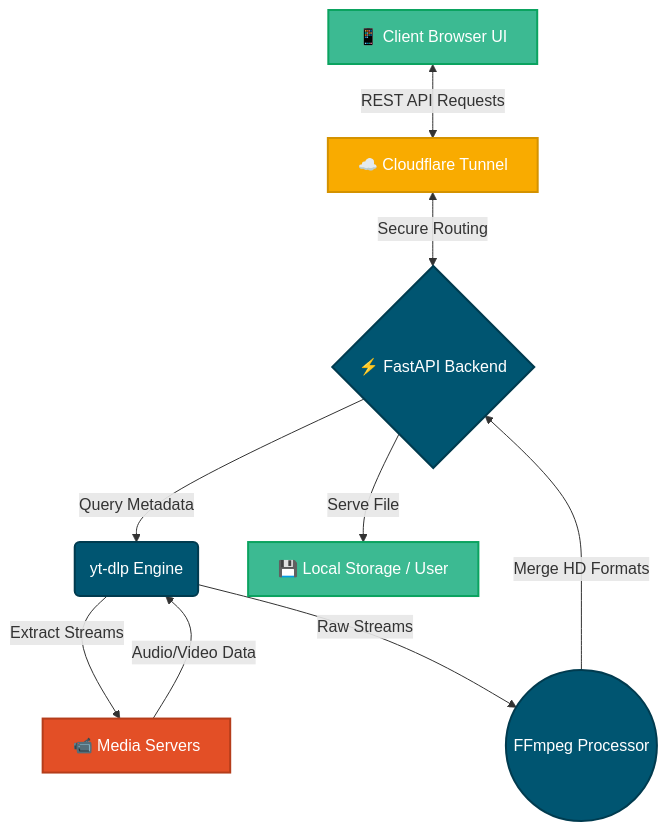
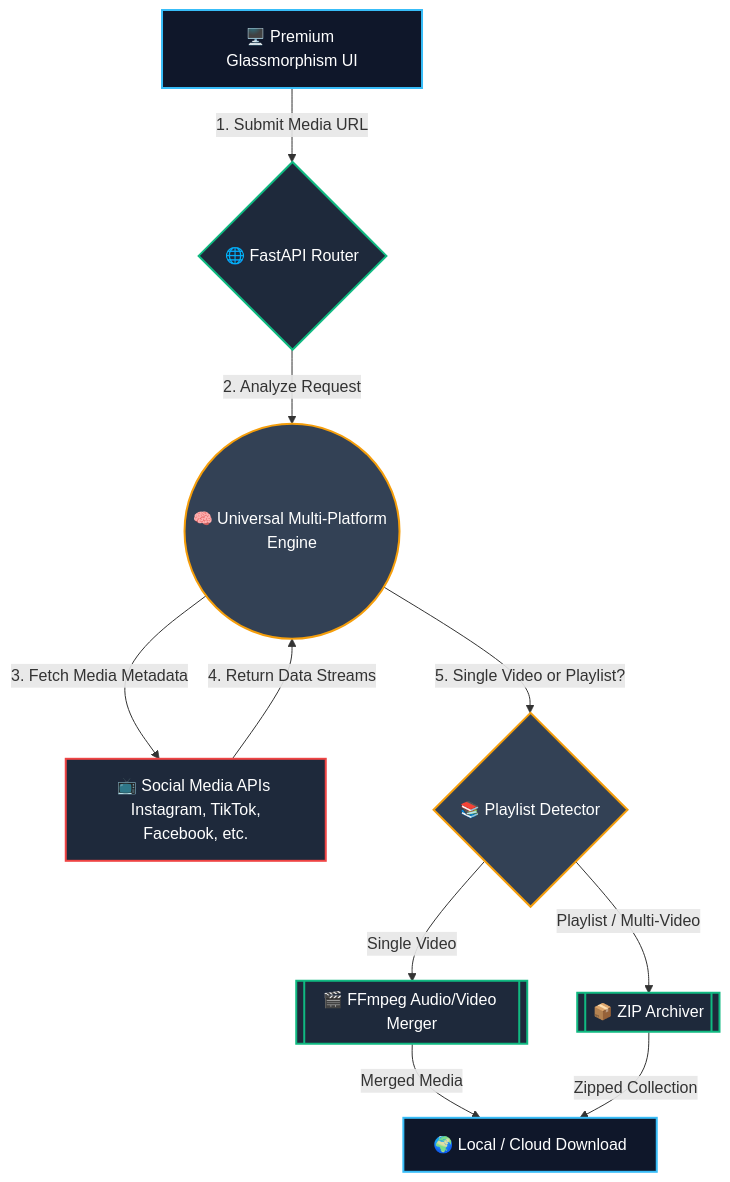
One commit to RashidKhanApDev/UniversalMediaDownloader changed the diagram in README.md. Above: the diagram before and after it, drawn with Mermaid. The commit also changed other lines of this file, not shown here.

Commit message:
docs: update architecture flow diagram and replace promo image

````diff
--- a/README.md
+++ b/README.md
@@ -76,27 +76,29 @@
 ```mermaid
 graph TD;
     %% Styling
-    classDef client fill:#3cba92,stroke:#0ba360,stroke-width:2px,color:white;
-    classDef backend fill:#005571,stroke:#003b4f,stroke-width:2px,color:white;
-    classDef cloud fill:#F9AB00,stroke:#d49200,stroke-width:2px,color:white;
-    classDef external fill:#E34F26,stroke:#b53d1b,stroke-width:2px,color:white;
+    classDef ui fill:#0f172a,stroke:#38bdf8,stroke-width:2px,color:white;
+    classDef api fill:#1e293b,stroke:#10b981,stroke-width:2px,color:white;
+    classDef engine fill:#334155,stroke:#f59e0b,stroke-width:2px,color:white;
+    classDef external fill:#1e293b,stroke:#ef4444,stroke-width:2px,color:white;
 
     %% Nodes
-    A[📱 Client Browser UI]:::client
-    B{⚡ FastAPI Backend}:::backend
-    C(yt-dlp Engine):::backend
-    D[📹 Media Servers]:::external
-    E((FFmpeg Processor)):::backend
-    F[☁️ Cloudflare Tunnel]:::cloud
-    G[💾 Local Storage / User]:::client
+    A[🖥️ Premium Glassmorphism UI]:::ui
+    B{🌐 FastAPI Router}:::api
+    C((🧠 Universal Multi-Platform Engine)):::engine
+    D[📺 Social Media APIs <br/> Instagram, TikTok, Facebook, etc.]:::external
+    E{📚 Playlist Detector}:::engine
+    F[[📦 ZIP Archiver]]:::api
+    G[[🎬 FFmpeg Audio/Video Merger]]:::api
+    H[🌍 Local / Cloud Download]:::ui
 
     %% Connections
-    A <-->|REST API Requests| F
-    F <-->|Secure Routing| B
-    B -->|Query Metadata| C
-    C -->|Extract Streams| D
-    D -->|Audio/Video Data| C
-    C -->|Raw Streams| E
-    E -->|Merge HD Formats| B
-    B -->|Serve File| G
+    A -->|1. Submit Media URL| B
+    B -->|2. Analyze Request| C
+    C -->|3. Fetch Media Metadata| D
+    D -->|4. Return Data Streams| C
+    C -->|5. Single Video or Playlist?| E
+    E -->|Single Video| G
+    E -->|Playlist / Multi-Video| F
+    G -->|Merged Media| H
+    F -->|Zipped Collection| H
 ```
````
